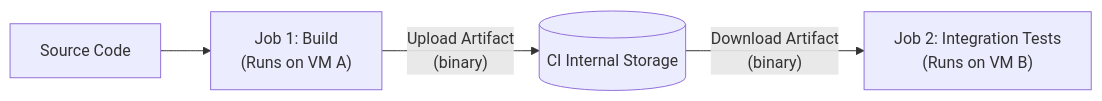
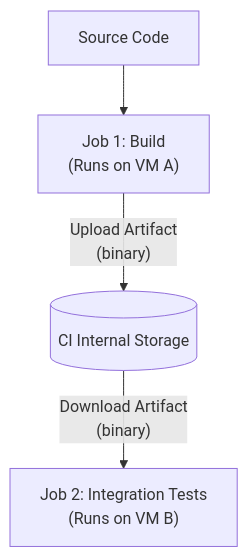
The first of 2 diagrams in cicd/fundamentals/artifacts-and-caching.md (senlinyy/dev-roadmaps), drawn with Mermaid before and after one commit. The commit also changed 89 other files, not shown here.

````diff
--- a/cicd/fundamentals/artifacts-and-caching.md
+++ b/cicd/fundamentals/artifacts-and-caching.md
@@ -51,6 +51,6 @@
 ```mermaid
-graph LR
+graph TD
     CODE["Source Code"] --> BUILD["Job 1: Build\n(Runs on VM A)"]
     BUILD -- "Upload Artifact\n(binary)" --> STORAGE[("CI Internal Storage")]
     STORAGE -- "Download Artifact\n(binary)" --> TEST["Job 2: Integration Tests\n(Runs on VM B)"]
 ```
````
